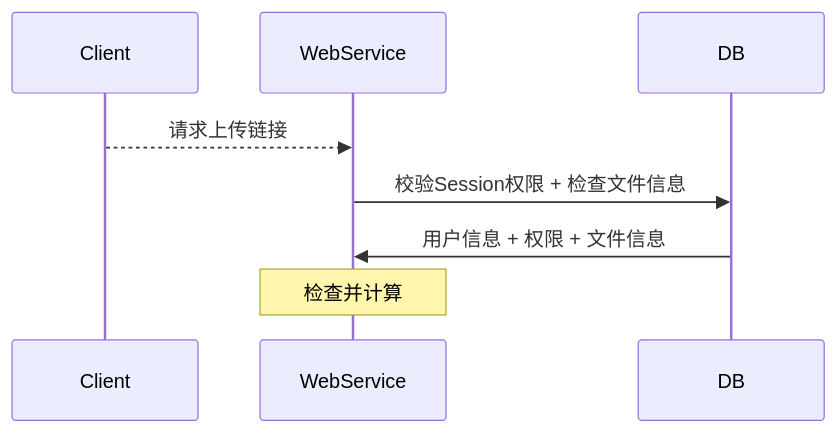
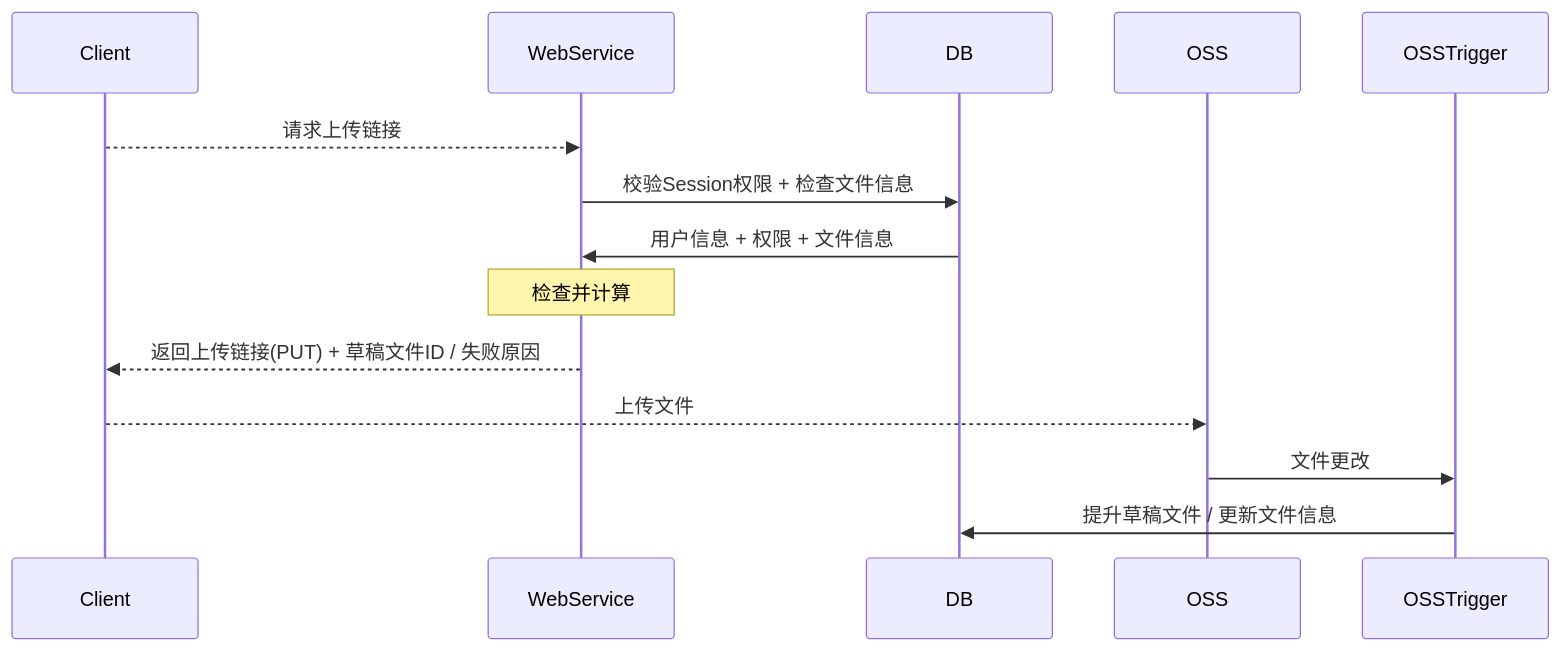
One commit to lihe07/MomentOfSwiftV3 changed the third of 3 diagrams in Remote/StorageApi/README.md. Above: the diagram before and after it, drawn with Mermaid. The commit also changed other lines of this file and 17 other files, not shown here.

````diff
--- a/Remote/StorageApi/README.md
+++ b/Remote/StorageApi/README.md
@@ -39,8 +38,11 @@
 ```mermaid
 sequenceDiagram
 	Client -->> WebService: 请求上传链接
 	WebService ->> DB: 校验Session权限 + 检查文件信息
 	DB ->> WebService: 用户信息 + 权限 + 文件信息
 	note over WebService: 检查并计算
-
+	WebService -->> Client: 返回上传链接(PUT) + 草稿文件ID / 失败原因
+	Client -->> OSS: 上传文件
+	OSS ->> OSSTrigger: 文件更改
+	OSSTrigger ->> DB: 提升草稿文件 / 更新文件信息
 ```
````
